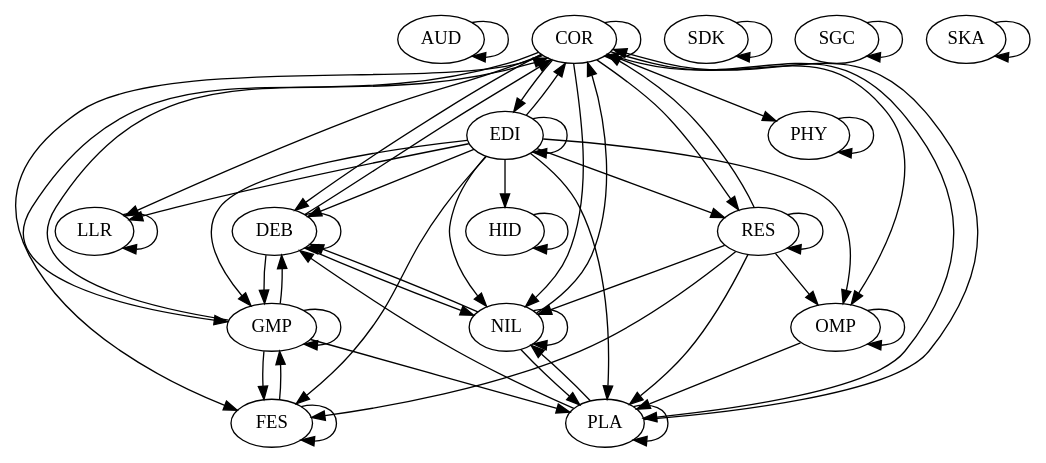
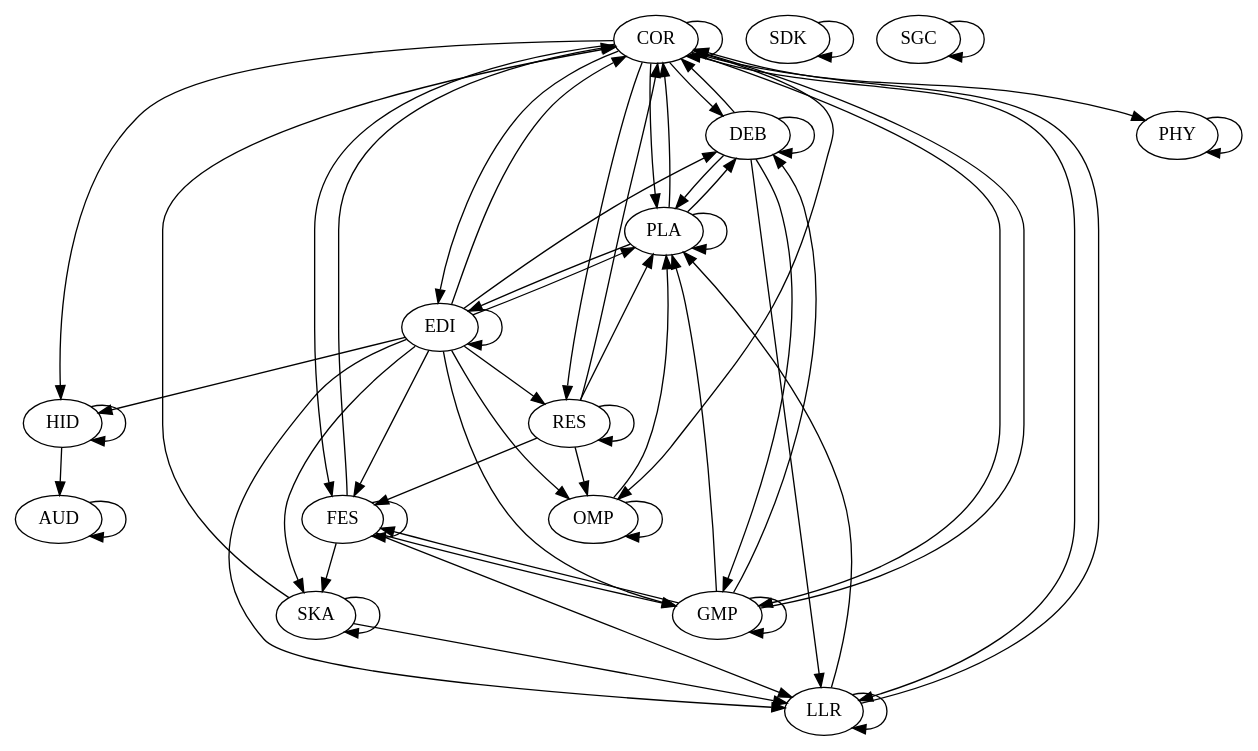
Before and after one commit to gamedev-studies/game-engine-analyser: the diagram in 6_architectural_map_gen/outputs/o3de.dot, drawn with Graphviz. The commit also changed 10 other files, not shown here.

```diff
--- a/6_architectural_map_gen/outputs/o3de.dot
+++ b/6_architectural_map_gen/outputs/o3de.dot
@@ -1,58 +1,62 @@
 digraph "source tree" {
 	"AUD" -> "AUD"
 	"COR" -> "COR"
 	"COR" -> "DEB"
 	"COR" -> "EDI"
 	"COR" -> "FES"
 	"COR" -> "GMP"
+	"COR" -> "HID"
 	"COR" -> "LLR"
-	"COR" -> "NIL"
 	"COR" -> "OMP"
 	"COR" -> "PHY"
 	"COR" -> "PLA"
 	"COR" -> "RES"
 	"DEB" -> "COR"
 	"DEB" -> "DEB"
 	"DEB" -> "GMP"
-	"DEB" -> "NIL"
+	"DEB" -> "LLR"
+	"DEB" -> "PLA"
 	"EDI" -> "COR"
 	"EDI" -> "DEB"
 	"EDI" -> "EDI"
 	"EDI" -> "FES"
 	"EDI" -> "GMP"
 	"EDI" -> "HID"
 	"EDI" -> "LLR"
-	"EDI" -> "NIL"
 	"EDI" -> "OMP"
 	"EDI" -> "PLA"
 	"EDI" -> "RES"
+	"EDI" -> "SKA"
+	"FES" -> "COR"
 	"FES" -> "FES"
 	"FES" -> "GMP"
+	"FES" -> "LLR"
+	"FES" -> "SKA"
 	"GMP" -> "COR"
 	"GMP" -> "DEB"
 	"GMP" -> "FES"
 	"GMP" -> "GMP"
 	"GMP" -> "PLA"
+	"HID" -> "AUD"
 	"HID" -> "HID"
+	"LLR" -> "COR"
 	"LLR" -> "LLR"
-	"NIL" -> "COR"
-	"NIL" -> "DEB"
-	"NIL" -> "NIL"
-	"NIL" -> "PLA"
+	"LLR" -> "PLA"
 	"OMP" -> "OMP"
 	"OMP" -> "PLA"
 	"PHY" -> "PHY"
 	"PLA" -> "COR"
 	"PLA" -> "DEB"
-	"PLA" -> "NIL"
+	"PLA" -> "EDI"
 	"PLA" -> "PLA"
 	"RES" -> "COR"
 	"RES" -> "FES"
-	"RES" -> "NIL"
 	"RES" -> "OMP"
 	"RES" -> "PLA"
 	"RES" -> "RES"
 	"SDK" -> "SDK"
 	"SGC" -> "SGC"
+	"SKA" -> "COR"
+	"SKA" -> "LLR"
 	"SKA" -> "SKA"
 }
```
